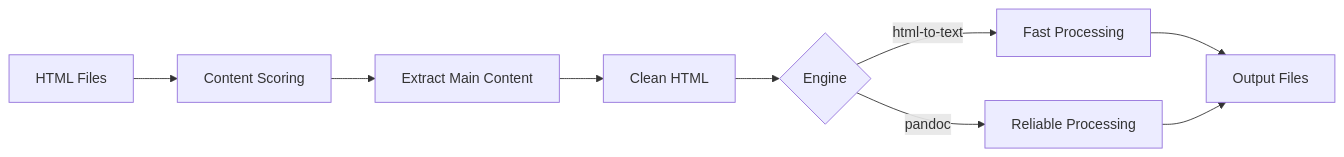
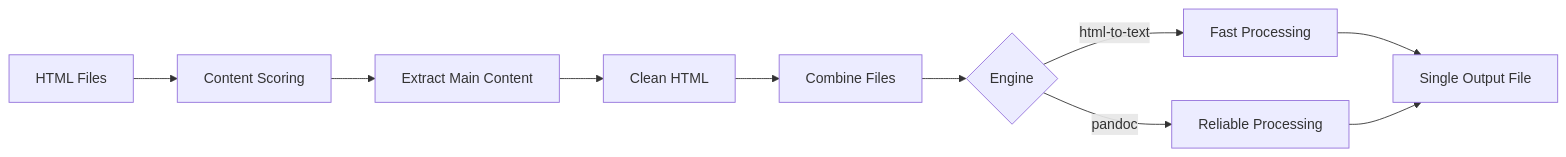
One commit to OT1-roy/html-converter changed the diagram in README.md. Above: the diagram before and after it, drawn with Mermaid. The commit also changed other lines of this file and 2 other files, not shown here.

````diff
--- a/README.md
+++ b/README.md
@@ -137,11 +151,12 @@
 ```mermaid
 graph LR
     A[HTML Files] --> B[Content Scoring]
     B --> C[Extract Main Content]
     C --> D[Clean HTML]
-    D --> E{Engine}
-    E -->|html-to-text| F[Fast Processing]
-    E -->|pandoc| G[Reliable Processing]
-    F --> H[Output Files]
-    G --> H
+    D --> E[Combine Files]
+    E --> F{Engine}
+    F -->|html-to-text| G[Fast Processing]
+    F -->|pandoc| H[Reliable Processing]
+    G --> I[Single Output File]
+    H --> I
 ```
````
